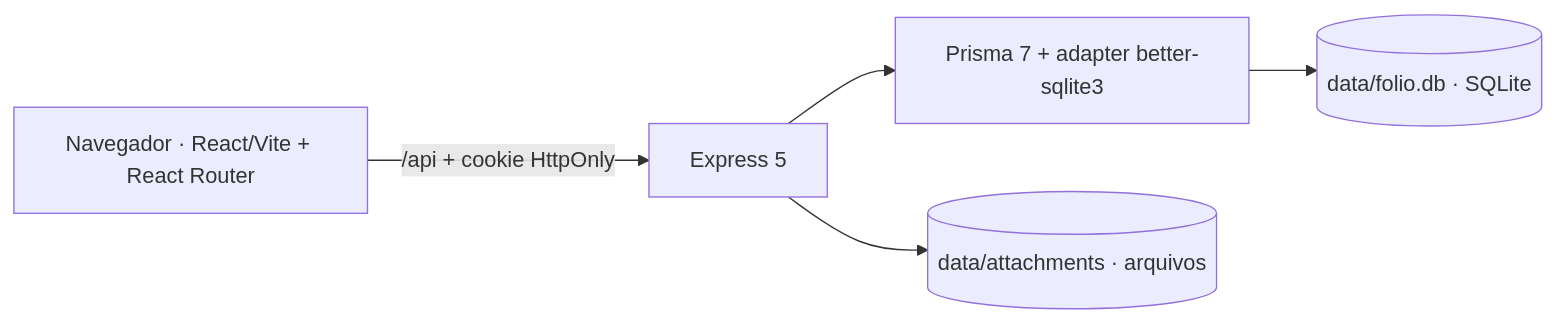
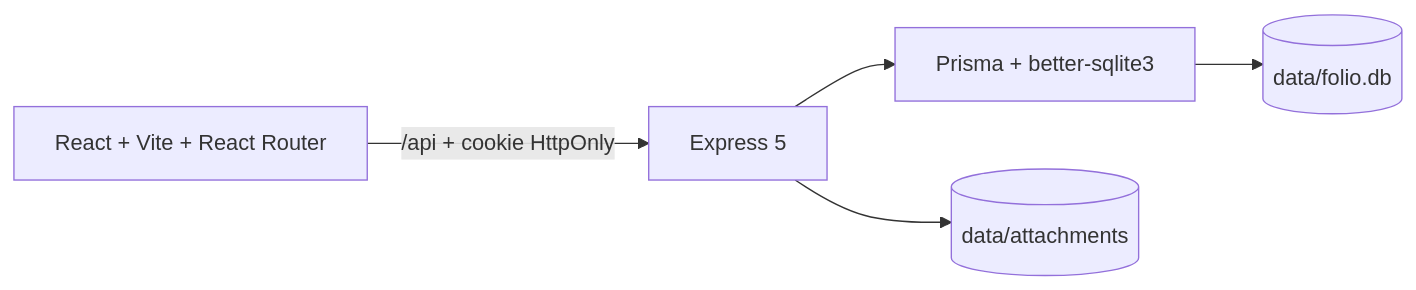
The diagram in README.md (TersanPlay/solid-memory), drawn with Mermaid before and after one commit. The commit also changed other lines of this file and 84 other files, not shown here.

````diff
--- a/README.md
+++ b/README.md
@@ -27,7 +48,7 @@
 ```mermaid
 flowchart LR
-    B["Navegador · React/Vite + React Router"] -->|"/api + cookie HttpOnly"| E["Express 5"]
-    E --> P["Prisma 7 + adapter better-sqlite3"]
-    P --> S[("data/folio.db · SQLite")]
-    E --> A[("data/attachments · arquivos")]
+    Browser["React + Vite + React Router"] -->|"/api + cookie HttpOnly"| Express["Express 5"]
+    Express --> Prisma["Prisma + better-sqlite3"]
+    Prisma --> SQLite[("data/folio.db")]
+    Express --> Files[("data/attachments")]
 ```
````
